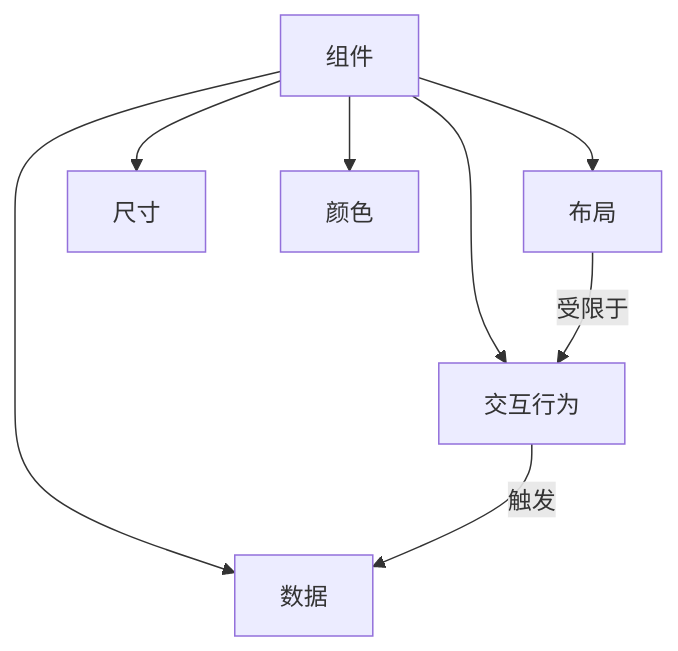
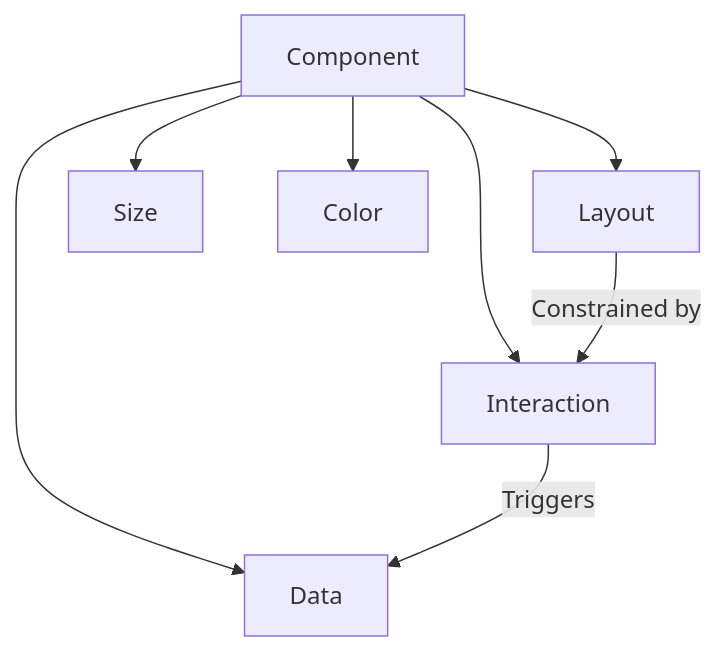
One commit to idealjs/camphora changed the diagram in docs/README.md. Above: the diagram before and after it, drawn with Mermaid. The commit also changed other lines of this file and 2 other files, not shown here.

````diff
--- a/docs/README.md
+++ b/docs/README.md
@@ -17,10 +23,10 @@
 ```mermaid
 graph TD
-    A[组件] --> B[数据]
-    A --> C[交互行为]
-    A --> D[布局]
-    A --> E[尺寸]
-    A --> F[颜色]
-    C -->|触发| B
-    D -->|受限于| C
+    A[Component] --> B[Data]
+    A --> C[Interaction]
+    A --> D[Layout]
+    A --> E[Size]
+    A --> F[Color]
+    C -->|Triggers| B
+    D -->|Constrained by| C
 ```
````
